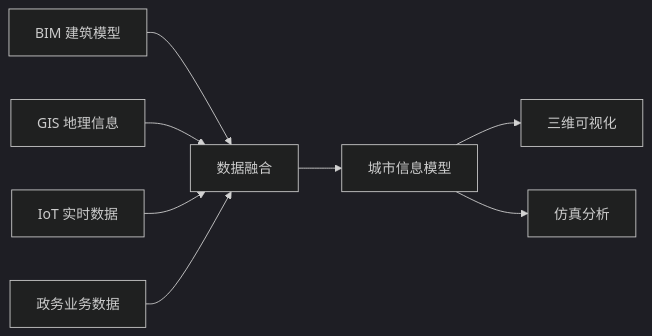
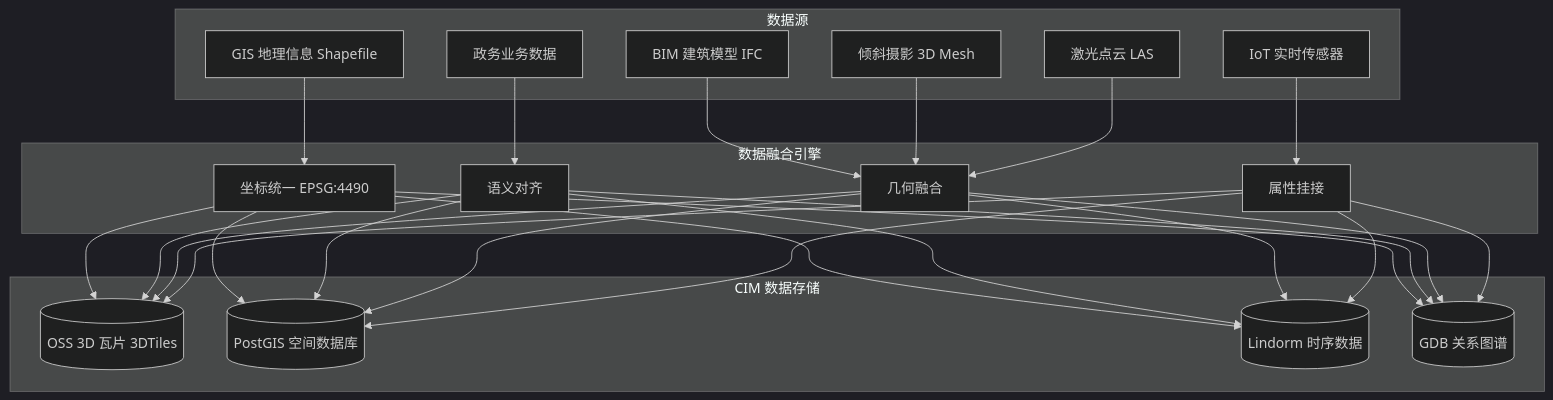
The second of 2 diagrams in topic-application-architecture/72-digital-twin-city.md (kudig-io/kudig-database), drawn with Mermaid (dark theme) before and after one commit. The commit also changed other lines of this file and 8633 other files, not shown here.

````diff
--- a/topic-application-architecture/72-digital-twin-city.md
+++ b/topic-application-architecture/72-digital-twin-city.md
@@ -139,10 +413,33 @@
 ```mermaid
-flowchart LR
-    A[BIM 建筑模型] --> E[数据融合]
-    B[GIS 地理信息] --> E
-    C[IoT 实时数据] --> E
-    D[政务业务数据] --> E
-    E --> F[城市信息模型]
-    F --> G[三维可视化]
-    F --> H[仿真分析]
+flowchart TB
+    subgraph Sources["数据源"]
+        S1[BIM 建筑模型 IFC]
+        S2[GIS 地理信息 Shapefile]
+        S3[倾斜摄影 3D Mesh]
+        S4[激光点云 LAS]
+        S5[IoT 实时传感器]
+        S6[政务业务数据]
+    end
+
+    subgraph Fusion["数据融合引擎"]
+        F1[坐标统一 EPSG:4490]
+        F2[语义对齐]
+        F3[几何融合]
+        F4[属性挂接]
+    end
+
+    subgraph Storage["CIM 数据存储"]
+        ST1[(OSS 3D 瓦片 3DTiles)]
+        ST2[(PostGIS 空间数据库)]
+        ST3[(Lindorm 时序数据)]
+        ST4[(GDB 关系图谱)]
+    end
+
+    S1 --> F3
+    S2 --> F1
+    S3 --> F3
+    S4 --> F3
+    S5 --> F4
+    S6 --> F2
+    F1 & F2 & F3 & F4 --> ST1 & ST2 & ST3 & ST4
 ```
````
